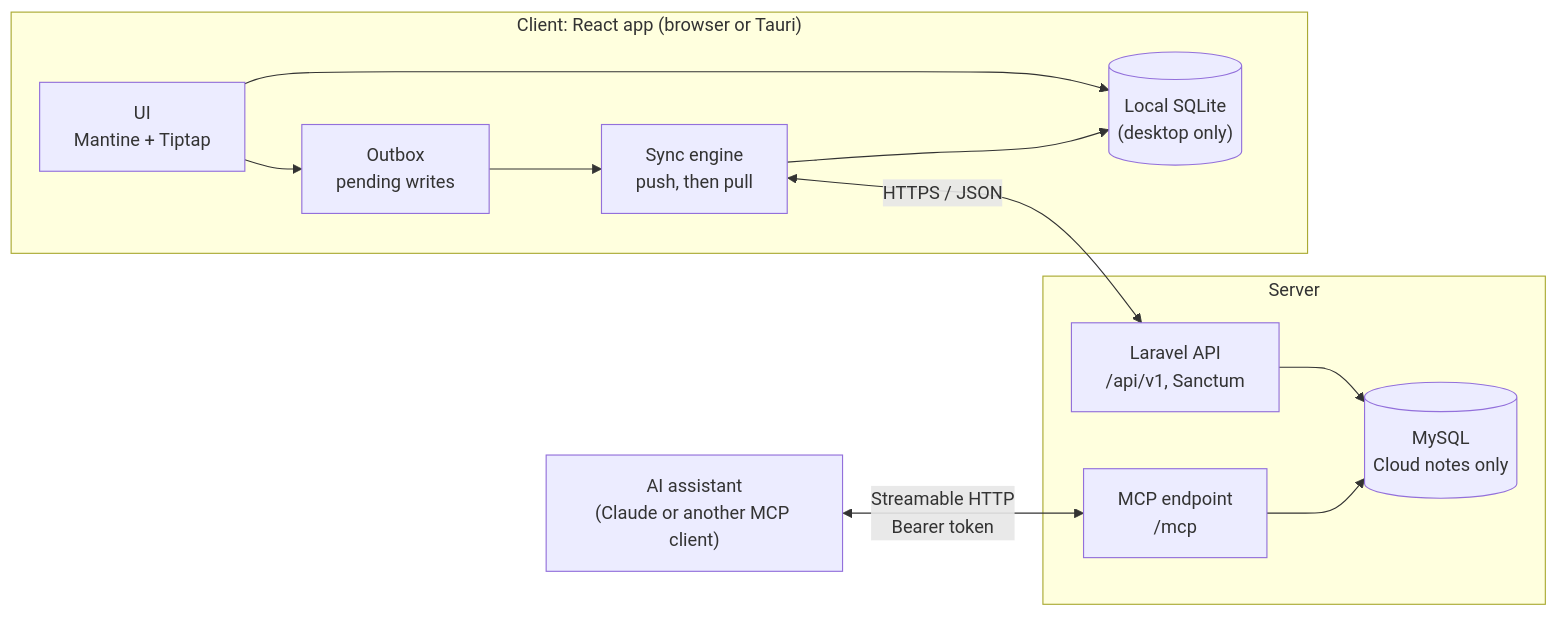
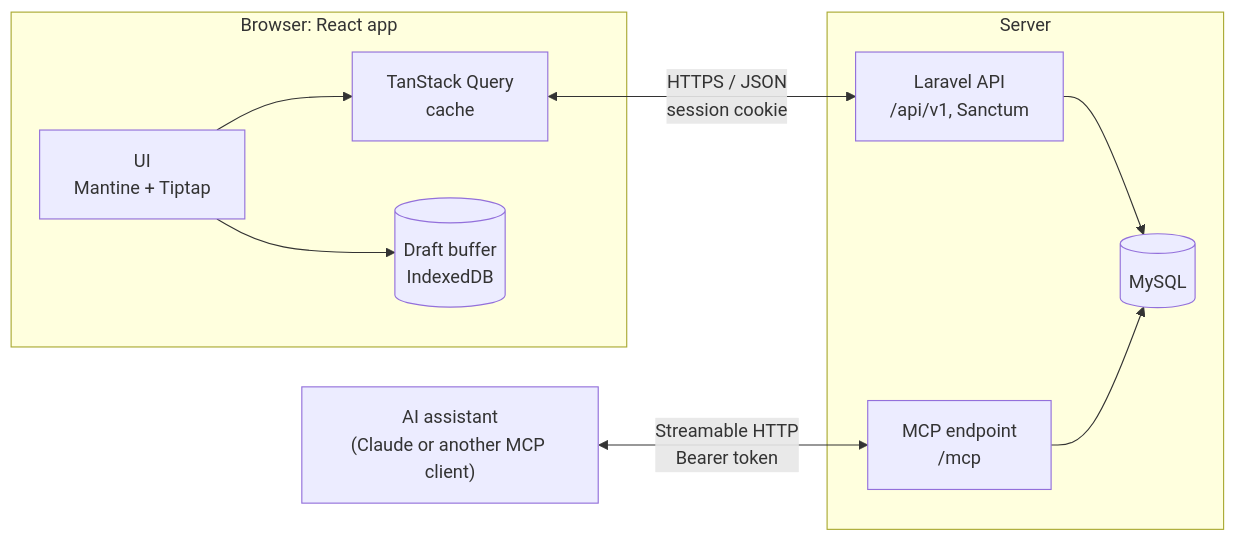
Before and after one commit to akashvichhi/notes: the diagram in README.md, drawn with Mermaid. The commit also changed other lines of this file and 16 other files, not shown here.

First line of the commit message:
docs: describe the app as web-only

````diff
--- a/README.md
+++ b/README.md
@@ -33,26 +31,23 @@
 ```mermaid
 flowchart LR
-    subgraph client["Client: React app (browser or Tauri)"]
+    subgraph browser["Browser: React app"]
         ui["UI<br/>Mantine + Tiptap"]
-        localdb[("Local SQLite<br/>(desktop only)")]
-        outbox["Outbox<br/>pending writes"]
-        engine["Sync engine<br/>push, then pull"]
-        ui --> localdb
-        ui --> outbox
-        outbox --> engine
-        engine --> localdb
+        cache["TanStack Query<br/>cache"]
+        drafts[("Draft buffer<br/>IndexedDB")]
+        ui --> cache
+        ui --> drafts
     end
 
     subgraph server["Server"]
         api["Laravel API<br/>/api/v1, Sanctum"]
         mcp["MCP endpoint<br/>/mcp"]
-        mysql[("MySQL<br/>Cloud notes only")]
+        mysql[("MySQL")]
         api --> mysql
         mcp --> mysql
     end
 
     assistant["AI assistant<br/>(Claude or another MCP client)"]
 
-    engine <-->|"HTTPS / JSON"| api
+    cache <-->|"HTTPS / JSON<br/>session cookie"| api
     assistant <-->|"Streamable HTTP<br/>Bearer token"| mcp
 ```
````
